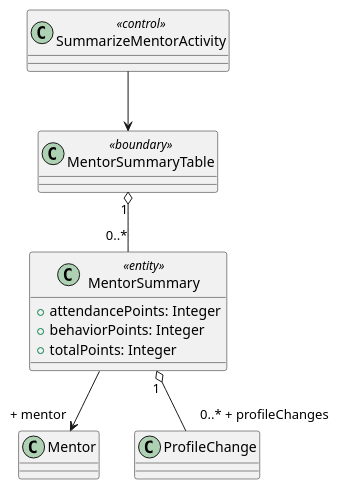
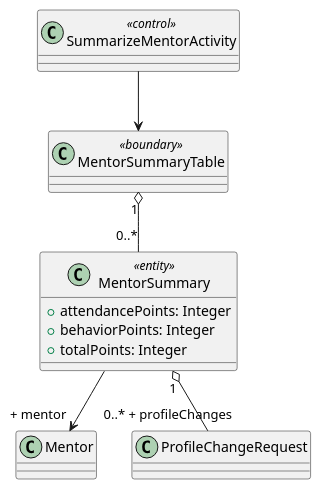
The second of 2 diagrams in Use Cases/SummarizeMentorActivity.iuml (bmb0136/COMP-3700-Project), drawn with PlantUML before and after one commit. The commit also changed 1 other file, not shown here.

Commit message:
add ProfileChangeRequest to RSPE

```diff
--- a/Use Cases/SummarizeMentorActivity.iuml
+++ b/Use Cases/SummarizeMentorActivity.iuml
@@ -22,13 +22,13 @@
 @startuml Summarize Mentor Activity object
 class SummarizeMentorActivity <<control>> {}
 class MentorSummaryTable <<boundary>> {}
 SummarizeMentorActivity --> MentorSummaryTable
 MentorSummaryTable "1" o-- "0..*" MentorSummary
 class MentorSummary <<entity>> {
   + attendancePoints: Integer
   + behaviorPoints: Integer
   + totalPoints: Integer
 }
 MentorSummary --> "+ mentor" Mentor
-MentorSummary "1" o-- "0..* + profileChanges" ProfileChange
+MentorSummary "1" o-- "0..* + profileChanges" ProfileChangeRequest
 @enduml
```
